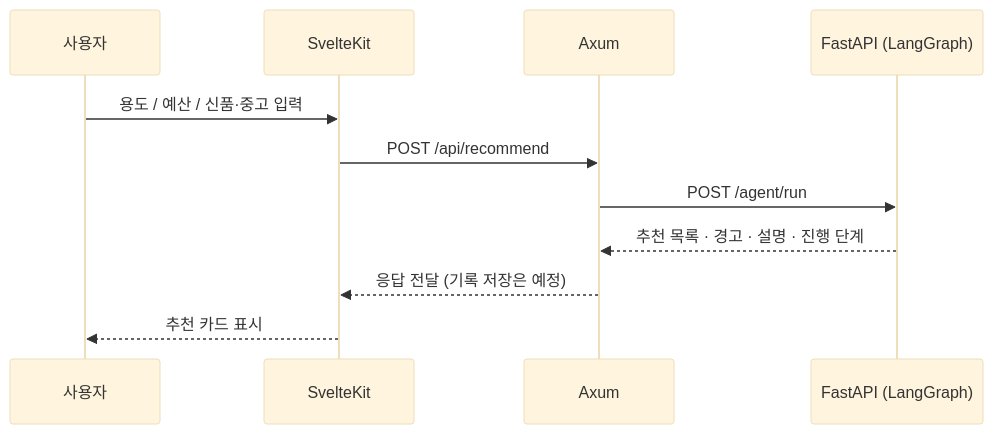
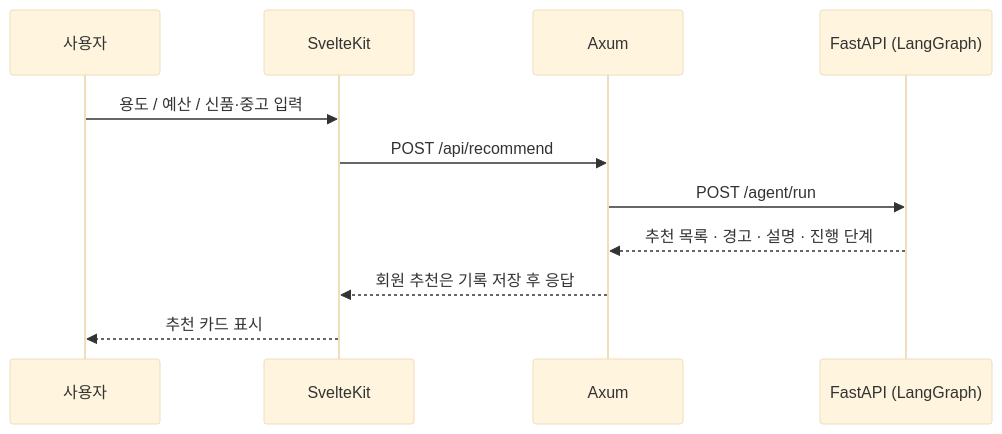
The first of 2 diagrams in README.md (samam0234/PCForge), drawn with Mermaid (base theme) before and after one commit. The commit also changed other lines of this file and 14 other files, not shown here.

````diff
--- a/README.md
+++ b/README.md
@@ -67,13 +63,13 @@
 ```mermaid
 sequenceDiagram
     participant U as 사용자
     participant F as SvelteKit
     participant A as Axum
     participant P as FastAPI (LangGraph)
     U->>F: 용도 / 예산 / 신품·중고 입력
     F->>A: POST /api/recommend
     A->>P: POST /agent/run
     P-->>A: 추천 목록 · 경고 · 설명 · 진행 단계
-    A-->>F: 응답 전달 (기록 저장은 예정)
+    A-->>F: 회원 추천은 기록 저장 후 응답
     F-->>U: 추천 카드 표시
 ```
````
